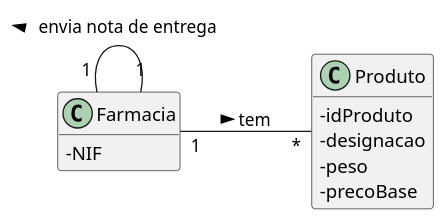
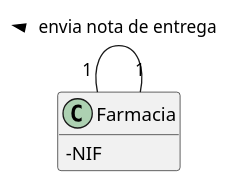
Before and after one commit to pedrolemos4/LAPR3: the diagram in docs/UC132/MD.puml, drawn with PlantUML. The commit also changed 5 other files, not shown here.

```diff
--- a/docs/UC132/MD.puml
+++ b/docs/UC132/MD.puml
@@ -1,20 +1,13 @@
 @startuml
 skinparam classAttributeIconSize 0
 hide methods
 left to right direction
 
-class Produto {
-  -idProduto
-  -designacao
-  -peso
-  -precoBase
-}
 
 class Farmacia {
   -NIF
 }
 
 Farmacia "1" -- "1" Farmacia: envia nota de entrega >
-Farmacia "1" -- "*" Produto: tem >
 
 @enduml
```
